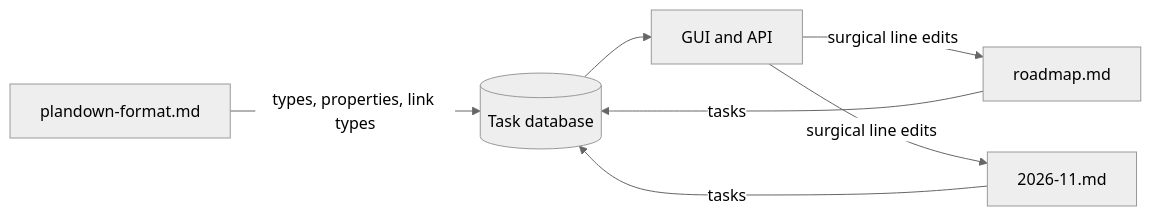
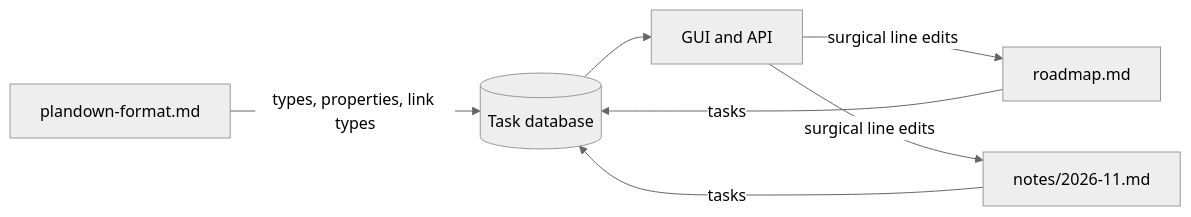
One commit to LMauricius/Plandown changed the first of 2 diagrams in Database.md. Above: the diagram before and after it, drawn with Mermaid (neutral theme). The commit also changed other lines of this file and 15 other files, not shown here.

````diff
--- a/Database.md
+++ b/Database.md
@@ -14,9 +14,9 @@
 ```mermaid
 flowchart LR
   F[plandown-format.md] -->|types, properties, link types| DB[(Task database)]
   A[roadmap.md] -->|tasks| DB
-  B[2026-11.md] -->|tasks| DB
+  B[notes/2026-11.md] -->|tasks| DB
   DB --> G[GUI and API]
   G -->|surgical line edits| A
   G -->|surgical line edits| B
 ```
````
